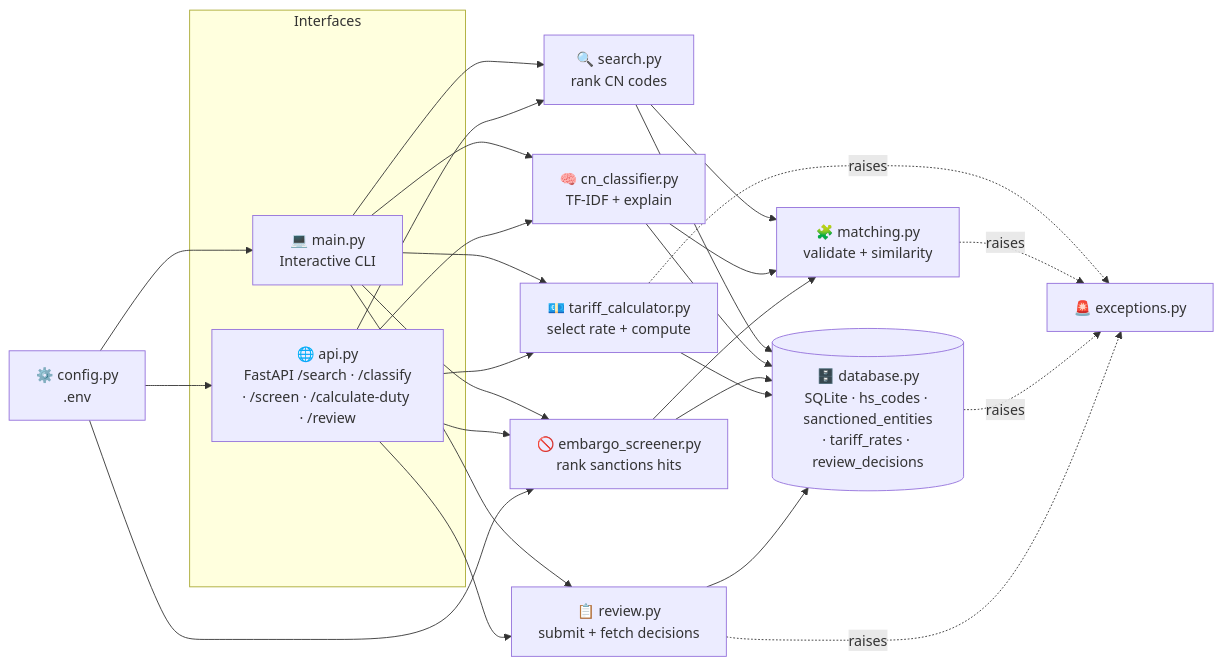
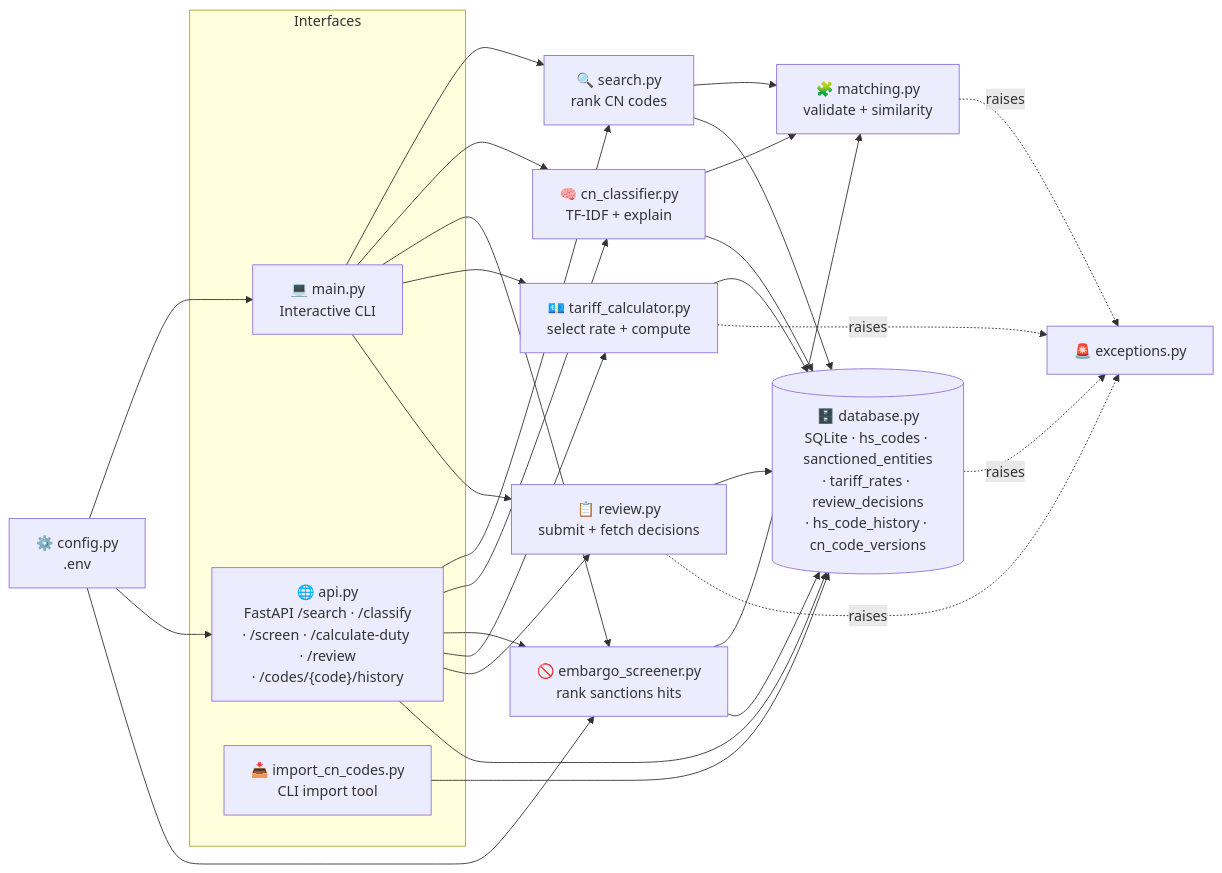
The first of 2 diagrams in README.md (Mutersec/CustomsIQ), drawn with Mermaid before and after one commit. The commit also changed other lines of this file and 9 other files, not shown here.

First line of the commit message:
Version CN code history with SCD Type 2 (hs_code_history, cn_code_versions)

````diff
--- a/README.md
+++ b/README.md
@@ -94,43 +95,46 @@
 ```mermaid
 flowchart LR
     subgraph Interfaces
         CLI["💻 main.py<br/>Interactive CLI"]
-        API["🌐 api.py<br/>FastAPI /search · /classify<br/>· /screen · /calculate-duty · /review"]
+        API["🌐 api.py<br/>FastAPI /search · /classify<br/>· /screen · /calculate-duty · /review<br/>· /codes/{code}/history"]
+        IMPORT["📥 import_cn_codes.py<br/>CLI import tool"]
     end
 
     SEARCH["🔍 search.py<br/>rank CN codes"]
     CLS["🧠 cn_classifier.py<br/>TF-IDF + explain"]
     SCREEN["🚫 embargo_screener.py<br/>rank sanctions hits"]
     DUTY["💶 tariff_calculator.py<br/>select rate + compute"]
     REVIEW["📋 review.py<br/>submit + fetch decisions"]
     MATCH["🧩 matching.py<br/>validate + similarity"]
-    DB[("🗄️ database.py<br/>SQLite · hs_codes · sanctioned_entities<br/>· tariff_rates · review_decisions")]
+    DB[("🗄️ database.py<br/>SQLite · hs_codes · sanctioned_entities<br/>· tariff_rates · review_decisions<br/>· hs_code_history · cn_code_versions")]
     EXC["🚨 exceptions.py"]
     CFG["⚙️ config.py<br/>.env"]
 
     CLI --> SEARCH
     CLI --> CLS
     CLI --> SCREEN
     CLI --> DUTY
     CLI --> REVIEW
     API --> SEARCH
     API --> CLS
     API --> SCREEN
     API --> DUTY
     API --> REVIEW
+    API --> DB
+    IMPORT --> DB
     SEARCH --> MATCH
     CLS --> MATCH
     SCREEN --> MATCH
     SEARCH --> DB
     CLS --> DB
     SCREEN --> DB
     DUTY --> DB
     REVIEW --> DB
     DUTY -. raises .-> EXC
     MATCH -. raises .-> EXC
     DB -. raises .-> EXC
     REVIEW -. raises .-> EXC
     CFG --> CLI
     CFG --> API
     CFG --> SCREEN
 ```
````
